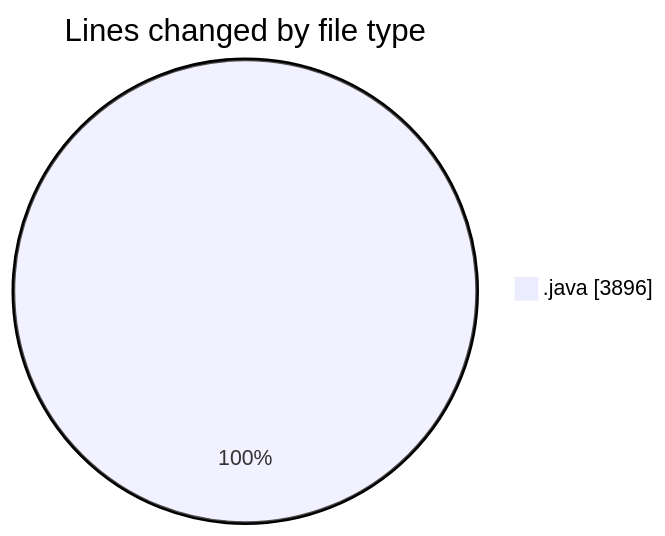
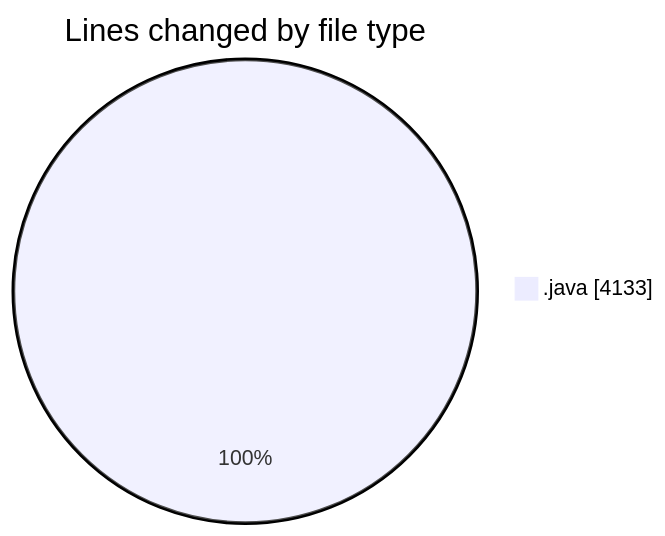
One commit to ricardozamudiocil/code-tracking changed the first of 2 diagrams in 2026-06-25/cilapp/README.md. Above: the diagram before and after it, drawn with Mermaid. The commit also changed other lines of this file and 1 other file, not shown here.

````diff
--- a/2026-06-25/cilapp/README.md
+++ b/2026-06-25/cilapp/README.md
@@ -21,5 +21,5 @@
 ```mermaid
 pie showData
 title Lines changed by file type
-".java" : 3896
+".java" : 4133
 ```
````
